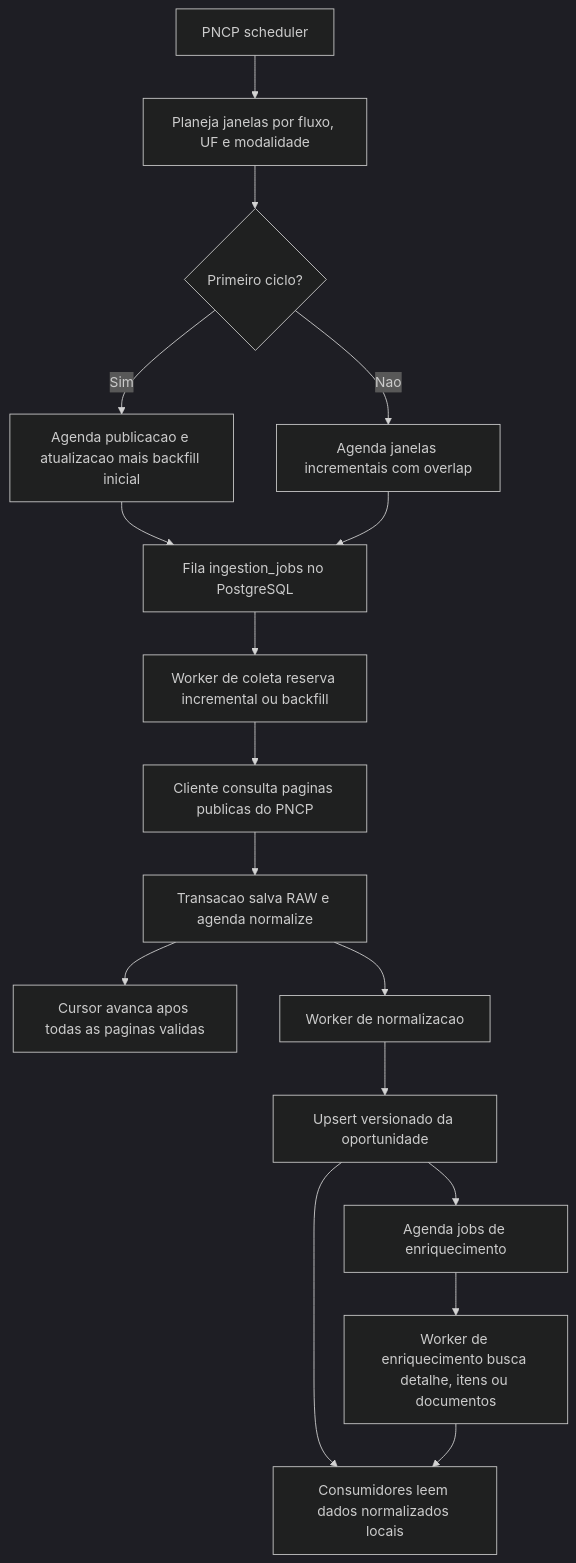
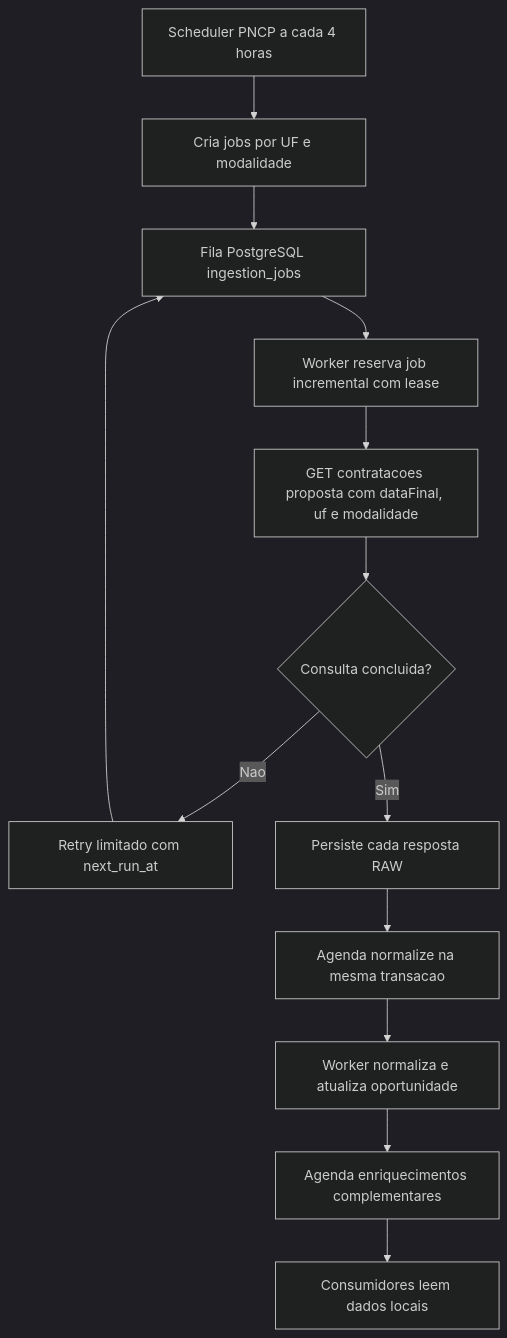
Before and after one commit to Amontada-Valley-Codes/monitoraME-pipeline-api: the first of 2 diagrams in docs/jobs-pncp.md, drawn with Mermaid (dark theme). The commit also changed other lines of this file and 7 other files, not shown here.

First line of the commit message:
feat(pncp): restrict scheduled ingestion to open proposals in Ceará

````diff
--- a/docs/jobs-pncp.md
+++ b/docs/jobs-pncp.md
@@ -13,19 +9,15 @@
 ```mermaid
 flowchart TD
-    A[PNCP scheduler] --> B[Planeja janelas por fluxo, UF e modalidade]
-    B --> C{Primeiro ciclo?}
-    C -- Sim --> D[Agenda publicacao e atualizacao mais backfill inicial]
-    C -- Nao --> E[Agenda janelas incrementais com overlap]
-    D --> F[Fila ingestion_jobs no PostgreSQL]
-    E --> F
-    F --> G[Worker de coleta reserva incremental ou backfill]
-    G --> H[Cliente consulta paginas publicas do PNCP]
-    H --> I[Transacao salva RAW e agenda normalize]
-    I --> J[Cursor avanca apos todas as paginas validas]
-    I --> K[Worker de normalizacao]
-    K --> L[Upsert versionado da oportunidade]
-    L --> M[Agenda jobs de enriquecimento]
-    M --> N[Worker de enriquecimento busca detalhe, itens ou documentos]
-    L --> O[Consumidores leem dados normalizados locais]
-    N --> O
+    A[Scheduler PNCP a cada 4 horas] --> B[Cria jobs por UF e modalidade]
+    B --> C[Fila PostgreSQL ingestion_jobs]
+    C --> D[Worker reserva job incremental com lease]
+    D --> E[GET contratacoes proposta com dataFinal, uf e modalidade]
+    E --> F{Consulta concluida?}
+    F -- Nao --> G[Retry limitado com next_run_at]
+    G --> C
+    F -- Sim --> H[Persiste cada resposta RAW]
+    H --> I[Agenda normalize na mesma transacao]
+    I --> J[Worker normaliza e atualiza oportunidade]
+    J --> K[Agenda enriquecimentos complementares]
+    K --> L[Consumidores leem dados locais]
 ```
````
